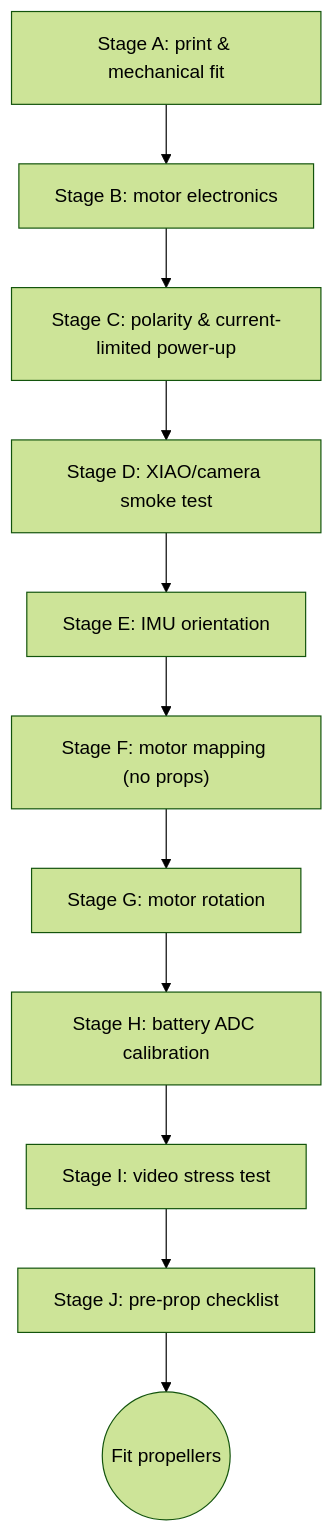
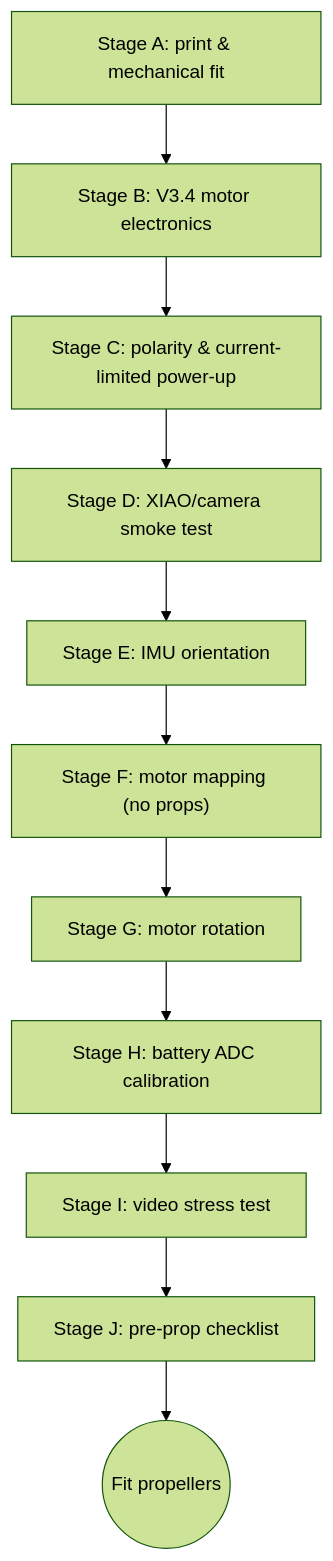
The diagram in docs/05_BUILD_AND_TEST.md (icepaule/IceDrone), drawn with Mermaid (forest theme) before and after one commit. The commit also changed other lines of this file, not shown here.

Commit message:
docs: update build and test flow for V3.4

````diff
--- a/docs/05_BUILD_AND_TEST.md
+++ b/docs/05_BUILD_AND_TEST.md
@@ -7,13 +11,13 @@
 ```mermaid
 flowchart TD
-    A["Stage A: print & mechanical fit"] --> B["Stage B: motor electronics"]
+    A["Stage A: print & mechanical fit"] --> B["Stage B: V3.4 motor electronics"]
     B --> C["Stage C: polarity & current-limited power-up"]
     C --> D["Stage D: XIAO/camera smoke test"]
     D --> E["Stage E: IMU orientation"]
     E --> F["Stage F: motor mapping (no props)"]
     F --> G["Stage G: motor rotation"]
     G --> H["Stage H: battery ADC calibration"]
     H --> I["Stage I: video stress test"]
     I --> J["Stage J: pre-prop checklist"]
     J --> K(("Fit propellers"))
 ```
````
